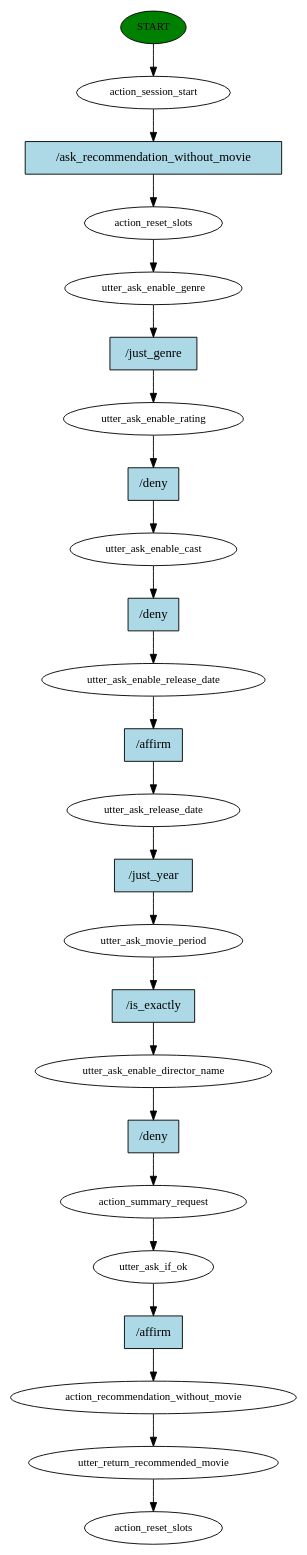
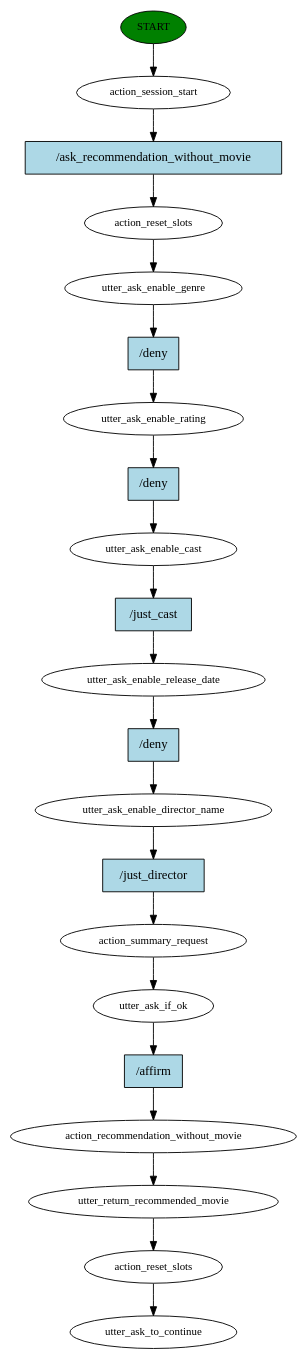
One commit to Bru0x11/Human_Machine_Dialogue-Rasa changed the diagram in story_graph.dot. Above: the diagram before and after it, drawn with Graphviz. The commit also changed 347 other files, not shown here.

Commit message:
solved bug director/cast

```diff
--- a/story_graph.dot
+++ b/story_graph.dot
@@ -1,49 +1,43 @@
 digraph  {
 0 [class="start active", fillcolor=green, fontsize=12, label=START, style=filled];
 1 [class=active, fontsize=12, label=action_session_start];
 2 [class=active, fontsize=12, label=action_reset_slots];
 3 [class=active, fontsize=12, label=utter_ask_enable_genre];
 4 [class=active, fontsize=12, label=utter_ask_enable_rating];
 5 [class=active, fontsize=12, label=utter_ask_enable_cast];
 6 [class=active, fontsize=12, label=utter_ask_enable_release_date];
-7 [class=active, fontsize=12, label=utter_ask_release_date];
-8 [class=active, fontsize=12, label=utter_ask_movie_period];
-9 [class=active, fontsize=12, label=utter_ask_enable_director_name];
-10 [class=active, fontsize=12, label=action_summary_request];
-11 [class=active, fontsize=12, label=utter_ask_if_ok];
-12 [class=active, fontsize=12, label=action_recommendation_without_movie];
-13 [class=active, fontsize=12, label=utter_return_recommended_movie];
-14 [class="dashed active", fontsize=12, label=action_reset_slots];
-15 [class="intent active", fillcolor=lightblue, label="/ask_recommendation_without_movie", shape=rect, style=filled];
-16 [class="intent active", fillcolor=lightblue, label="/just_genre", shape=rect, style=filled];
-17 [class="intent active", fillcolor=lightblue, label="/deny", shape=rect, style=filled];
+7 [class=active, fontsize=12, label=utter_ask_enable_director_name];
+8 [class=active, fontsize=12, label=action_summary_request];
+9 [class=active, fontsize=12, label=utter_ask_if_ok];
+10 [class=active, fontsize=12, label=action_recommendation_without_movie];
+11 [class=active, fontsize=12, label=utter_return_recommended_movie];
+12 [class=active, fontsize=12, label=action_reset_slots];
+13 [class="dashed active", fontsize=12, label=utter_ask_to_continue];
+14 [class="intent active", fillcolor=lightblue, label="/ask_recommendation_without_movie", shape=rect, style=filled];
+15 [class="intent active", fillcolor=lightblue, label="/deny", shape=rect, style=filled];
+16 [class="intent active", fillcolor=lightblue, label="/deny", shape=rect, style=filled];
+17 [class="intent active", fillcolor=lightblue, label="/just_cast", shape=rect, style=filled];
 18 [class="intent active", fillcolor=lightblue, label="/deny", shape=rect, style=filled];
-19 [class="intent active", fillcolor=lightblue, label="/affirm", shape=rect, style=filled];
-20 [class="intent active", fillcolor=lightblue, label="/just_year", shape=rect, style=filled];
-21 [class="intent active", fillcolor=lightblue, label="/is_exactly", shape=rect, style=filled];
-22 [class="intent active", fillcolor=lightblue, label="/deny", shape=rect, style=filled];
-23 [class="intent active", fillcolor=lightblue, label="/affirm", shape=rect, style=filled];
+19 [class="intent active", fillcolor=lightblue, label="/just_director", shape=rect, style=filled];
+20 [class="intent active", fillcolor=lightblue, label="/affirm", shape=rect, style=filled];
 0 -> 1  [class=active, key=NONE, label=""];
-1 -> 15  [class=active, key=0];
+1 -> 14  [class=active, key=0];
 2 -> 3  [class=active, key=NONE, label=""];
-3 -> 16  [class=active, key=0];
-4 -> 17  [class=active, key=0];
-5 -> 18  [class=active, key=0];
-6 -> 19  [class=active, key=0];
-7 -> 20  [class=active, key=0];
-8 -> 21  [class=active, key=0];
-9 -> 22  [class=active, key=0];
+3 -> 15  [class=active, key=0];
+4 -> 16  [class=active, key=0];
+5 -> 17  [class=active, key=0];
+6 -> 18  [class=active, key=0];
+7 -> 19  [class=active, key=0];
+8 -> 9  [class=active, key=NONE, label=""];
+9 -> 20  [class=active, key=0];
 10 -> 11  [class=active, key=NONE, label=""];
-11 -> 23  [class=active, key=0];
+11 -> 12  [class=active, key=NONE, label=""];
 12 -> 13  [class=active, key=NONE, label=""];
-13 -> 14  [class=active, key=NONE, label=""];
-15 -> 2  [class=active, key=0];
-16 -> 4  [class=active, key=0];
-17 -> 5  [class=active, key=0];
-18 -> 6  [class=active, key=0];
-19 -> 7  [class=active, key=0];
-20 -> 8  [class=active, key=0];
-21 -> 9  [class=active, key=0];
-22 -> 10  [class=active, key=0];
-23 -> 12  [class=active, key=0];
+14 -> 2  [class=active, key=0];
+15 -> 4  [class=active, key=0];
+16 -> 5  [class=active, key=0];
+17 -> 6  [class=active, key=0];
+18 -> 7  [class=active, key=0];
+19 -> 8  [class=active, key=0];
+20 -> 10  [class=active, key=0];
 }
```
